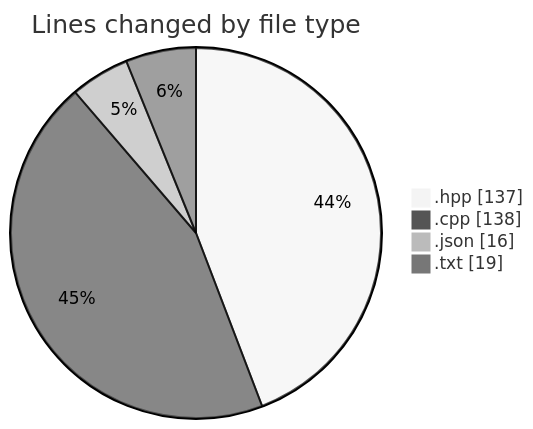
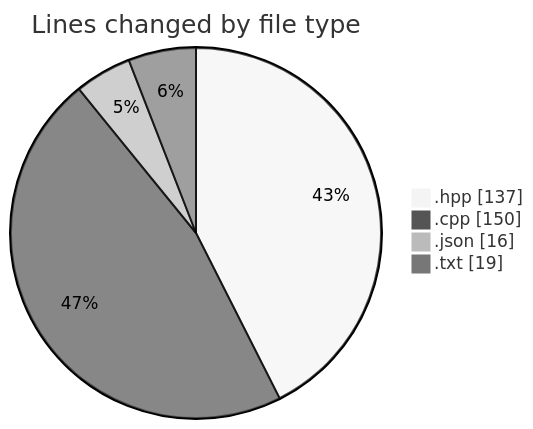
Before and after one commit to Netris89/code-tracking: the first of 2 diagrams in 2025-05-02/date/README.md, drawn with Mermaid (neutral theme). The commit also changed other lines of this file and 1 other file, not shown here.

````diff
--- a/2025-05-02/date/README.md
+++ b/2025-05-02/date/README.md
@@ -25,8 +25,8 @@
 ```mermaid
 pie showData
 title Lines changed by file type
 ".hpp" : 137
-".cpp" : 138
+".cpp" : 150
 ".json" : 16
 ".txt" : 19
 ```
````
